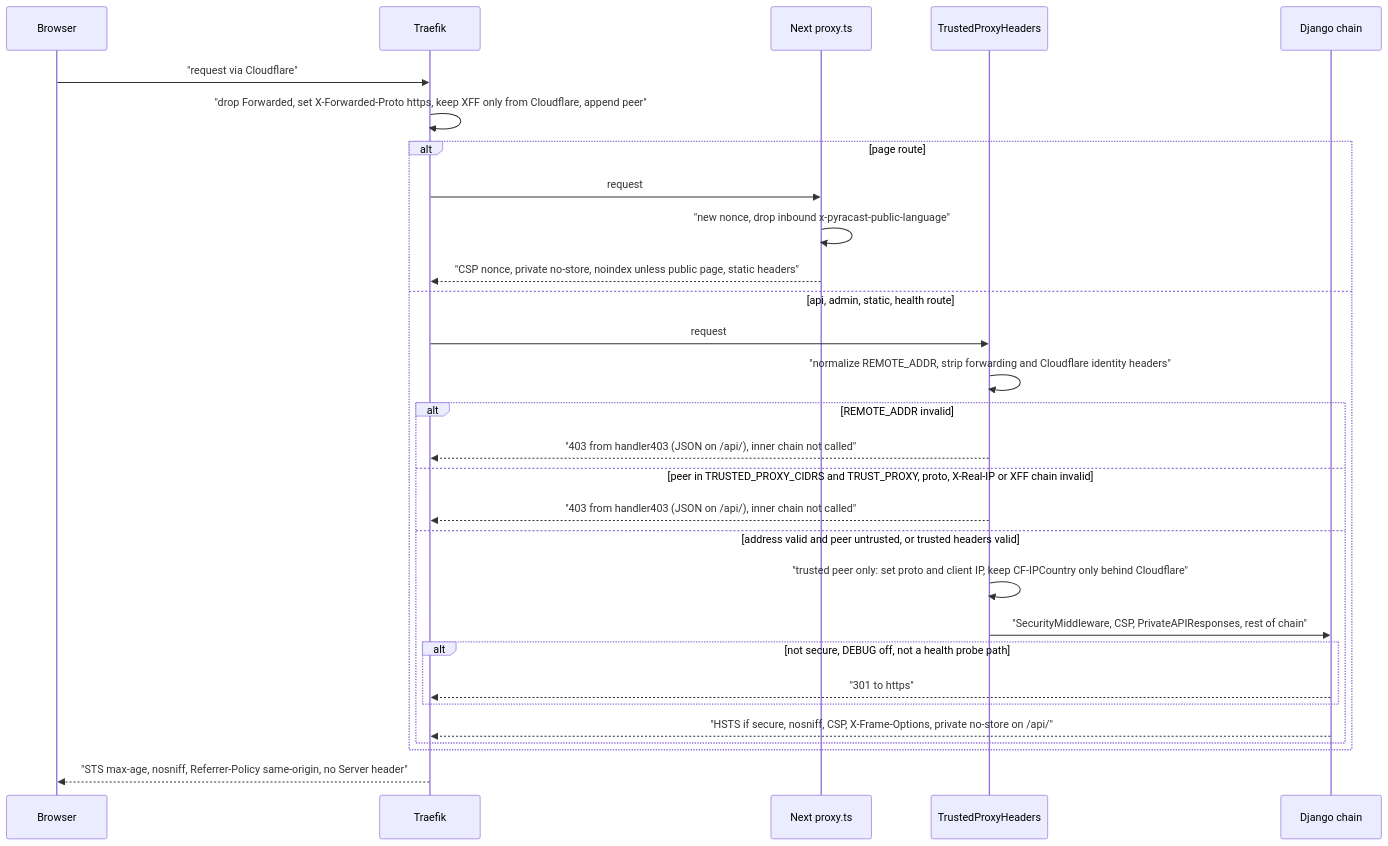
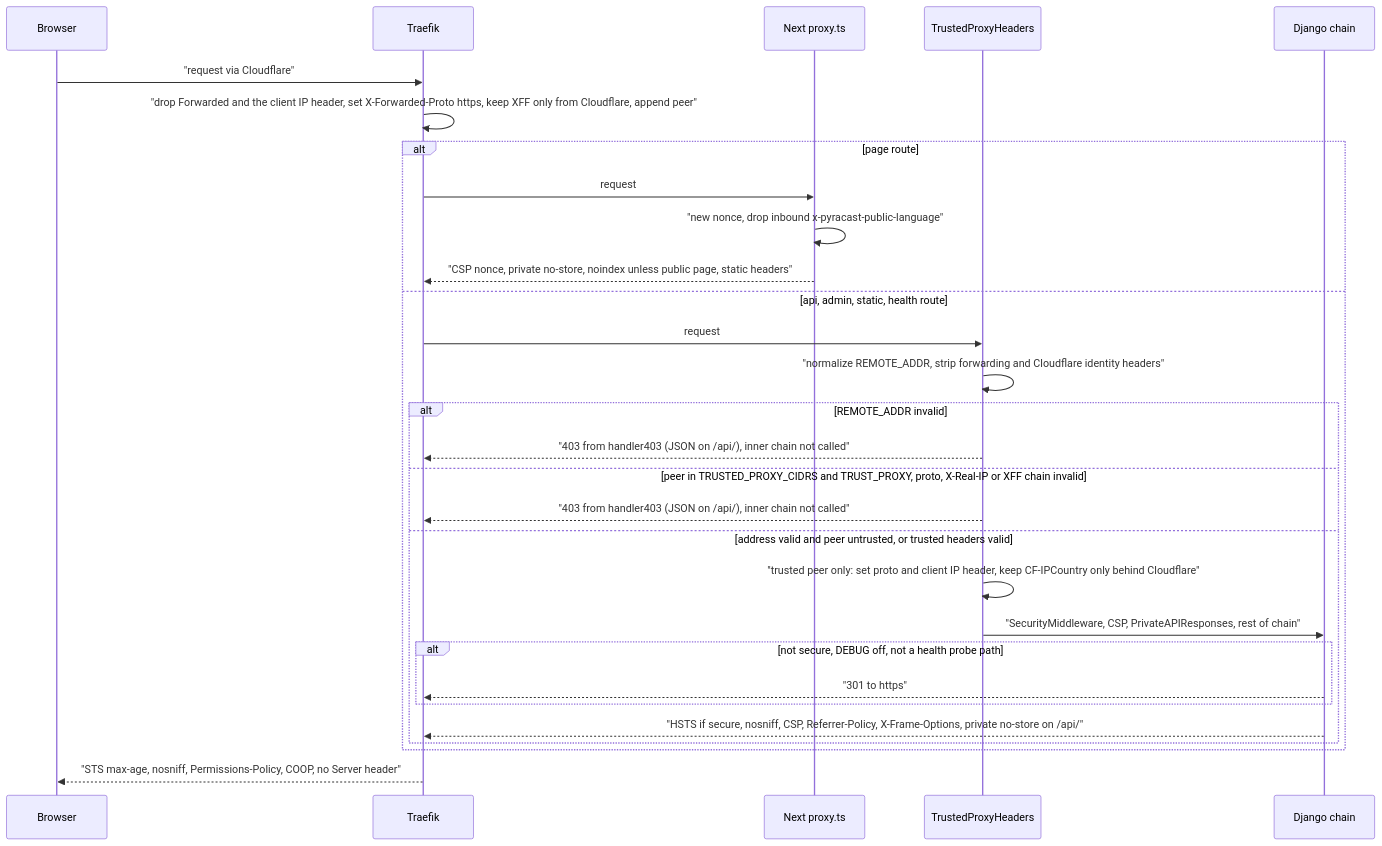
Before and after one commit to erkurtharun/pyracast: the diagram in docs/flows/security-headers-and-proxy-trust.md, drawn with Mermaid. The commit also changed other lines of this file and 85 other files, not shown here.

First line of the commit message:
Bring the flow pages in line with the code (#107)

````diff
--- a/docs/flows/security-headers-and-proxy-trust.md
+++ b/docs/flows/security-headers-and-proxy-trust.md
@@ -16,31 +18,31 @@
 ```mermaid
 sequenceDiagram
     participant B as Browser
     participant G as Traefik
     participant N as Next proxy.ts
     participant M as TrustedProxyHeaders
     participant D as Django chain
     B->>G: "request via Cloudflare"
-    G->>G: "drop Forwarded, set X-Forwarded-Proto https, keep XFF only from Cloudflare, append peer"
+    G->>G: "drop Forwarded and the client IP header, set X-Forwarded-Proto https, keep XFF only from Cloudflare, append peer"
     alt page route
         G->>N: request
         N->>N: "new nonce, drop inbound x-pyracast-public-language"
         N-->>G: "CSP nonce, private no-store, noindex unless public page, static headers"
     else api, admin, static, health route
         G->>M: request
         M->>M: "normalize REMOTE_ADDR, strip forwarding and Cloudflare identity headers"
         alt REMOTE_ADDR invalid
             M-->>G: "403 from handler403 (JSON on /api/), inner chain not called"
         else peer in TRUSTED_PROXY_CIDRS and TRUST_PROXY, proto, X-Real-IP or XFF chain invalid
             M-->>G: "403 from handler403 (JSON on /api/), inner chain not called"
         else address valid and peer untrusted, or trusted headers valid
-            M->>M: "trusted peer only: set proto and client IP, keep CF-IPCountry only behind Cloudflare"
+            M->>M: "trusted peer only: set proto and client IP header, keep CF-IPCountry only behind Cloudflare"
             M->>D: "SecurityMiddleware, CSP, PrivateAPIResponses, rest of chain"
             alt not secure, DEBUG off, not a health probe path
                 D-->>G: "301 to https"
             end
-            D-->>G: "HSTS if secure, nosniff, CSP, X-Frame-Options, private no-store on /api/"
+            D-->>G: "HSTS if secure, nosniff, CSP, Referrer-Policy, X-Frame-Options, private no-store on /api/"
         end
     end
-    G-->>B: "STS max-age, nosniff, Referrer-Policy same-origin, no Server header"
+    G-->>B: "STS max-age, nosniff, Permissions-Policy, COOP, no Server header"
 ```
````
